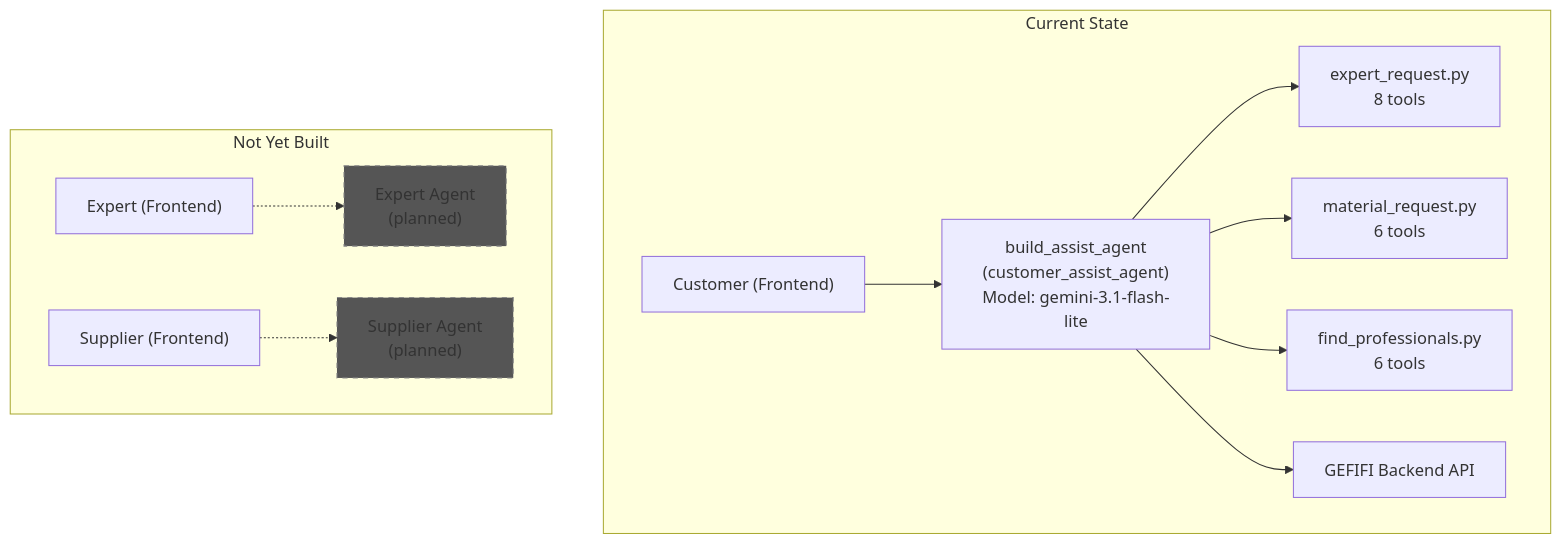
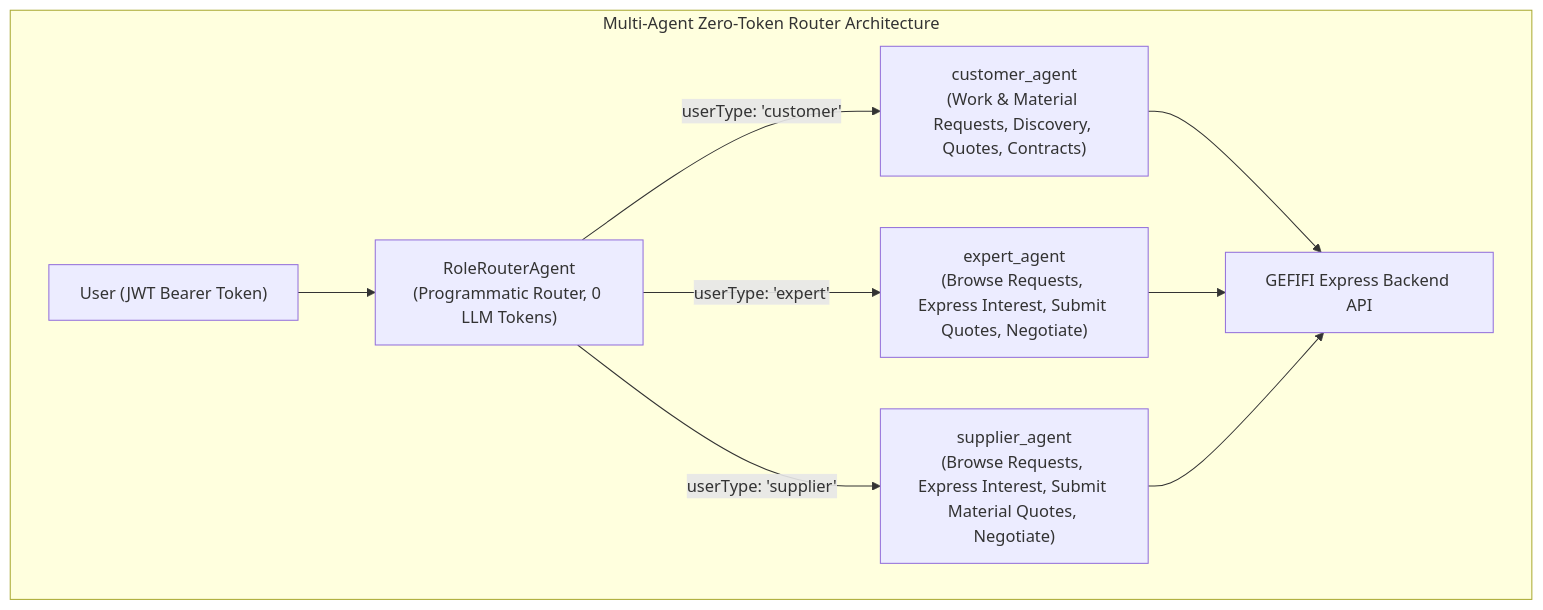
One commit to ahdrahees/gefifi changed the first of 2 diagrams in ai_agent_capabilities_tracker.md. Above: the diagram before and after it, drawn with Mermaid. The commit also changed other lines of this file and 6 other files, not shown here.

Commit message:
feat: update AI agent capabilities roadmap, add architecture diagram, and modernize landing page UI

````diff
--- a/ai_agent_capabilities_tracker.md
+++ b/ai_agent_capabilities_tracker.md
@@ -21,18 +21,13 @@
 ```mermaid
 graph TD
-    subgraph "Current State"
-        U["Customer (Frontend)"] --> BA["build_assist_agent<br/>(customer_assist_agent)<br/>Model: gemini-3.1-flash-lite"]
-        BA --> T1["expert_request.py<br/>8 tools"]
-        BA --> T2["material_request.py<br/>6 tools"]
-        BA --> T3["find_professionals.py<br/>6 tools"]
-        BA --> BE["GEFIFI Backend API"]
+    subgraph "Multi-Agent Zero-Token Router Architecture"
+        U["User (JWT Bearer Token)"] --> RA["RoleRouterAgent<br/>(Programmatic Router, 0 LLM Tokens)"]
+        RA -->|userType: 'customer'| CA["customer_agent<br/>(Work & Material Requests, Discovery, Quotes, Contracts)"]
+        RA -->|userType: 'expert'| EA["expert_agent<br/>(Browse Requests, Express Interest, Submit Quotes, Negotiate)"]
+        RA -->|userType: 'supplier'| SA["supplier_agent<br/>(Browse Requests, Express Interest, Submit Material Quotes, Negotiate)"]
+        
+        CA --> BE["GEFIFI Express Backend API"]
+        EA --> BE
+        SA --> BE
     end
-
-    subgraph "Not Yet Built"
-        E["Expert (Frontend)"] -.-> EA["Expert Agent<br/>(planned)"]
-        S["Supplier (Frontend)"] -.-> SA["Supplier Agent<br/>(planned)"]
-    end
-
-    style EA fill:#555,stroke:#888,stroke-dasharray: 5 5
-    style SA fill:#555,stroke:#888,stroke-dasharray: 5 5
 ```
````
